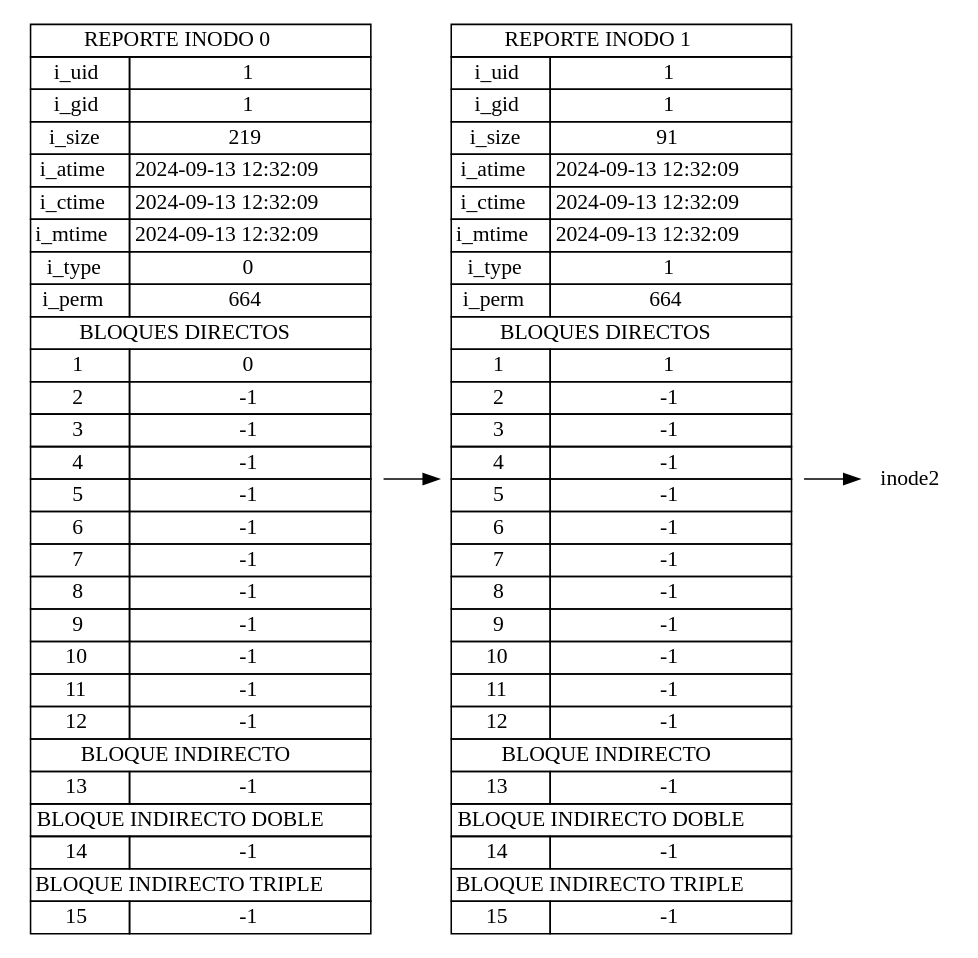
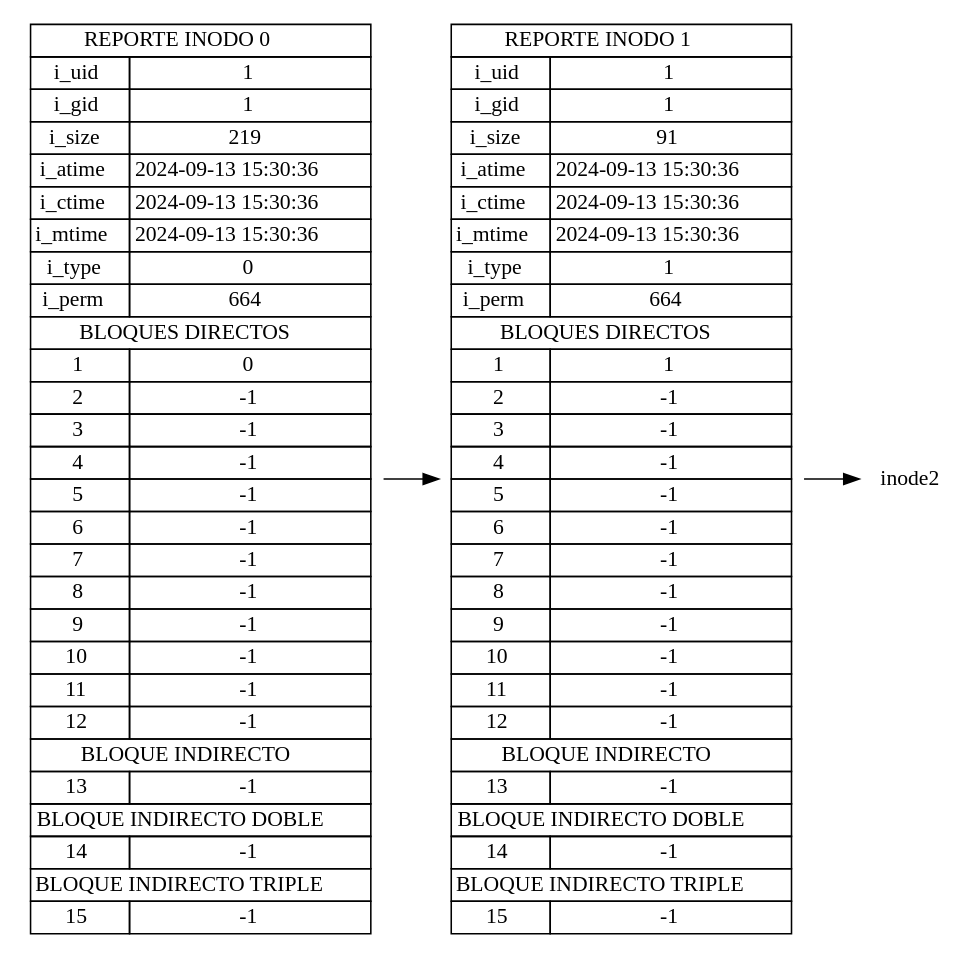
One commit to Josue013/MIA_2S_P1_202202481 changed the diagram in output/reporteINODE.pdf.dot. Above: the diagram before and after it, drawn with Graphviz. The commit also changed 16 other files, not shown here.

```diff
--- a/output/reporteINODE.pdf.dot
+++ b/output/reporteINODE.pdf.dot
@@ -1,46 +1,46 @@
 digraph G {
 			rankdir=LR;
 			node [shape=plaintext]
 	inode0 [label=<
 					<table border="0" cellborder="1" cellspacing="0">
 							<tr><td colspan="2"> REPORTE INODO 0 </td></tr>
 							<tr><td>i_uid</td><td>1</td></tr>
 							<tr><td>i_gid</td><td>1</td></tr>
 							<tr><td>i_size</td><td>219</td></tr>
-							<tr><td>i_atime</td><td>2024-09-13 12:32:09</td></tr>
-							<tr><td>i_ctime</td><td>2024-09-13 12:32:09</td></tr>
-							<tr><td>i_mtime</td><td>2024-09-13 12:32:09</td></tr>
+							<tr><td>i_atime</td><td>2024-09-13 15:30:36</td></tr>
+							<tr><td>i_ctime</td><td>2024-09-13 15:30:36</td></tr>
+							<tr><td>i_mtime</td><td>2024-09-13 15:30:36</td></tr>
 							<tr><td>i_type</td><td>0</td></tr>
 							<tr><td>i_perm</td><td>664</td></tr>
 							<tr><td colspan="2">BLOQUES DIRECTOS</td></tr>
 					<tr><td>1</td><td>0</td></tr><tr><td>2</td><td>-1</td></tr><tr><td>3</td><td>-1</td></tr><tr><td>4</td><td>-1</td></tr><tr><td>5</td><td>-1</td></tr><tr><td>6</td><td>-1</td></tr><tr><td>7</td><td>-1</td></tr><tr><td>8</td><td>-1</td></tr><tr><td>9</td><td>-1</td></tr><tr><td>10</td><td>-1</td></tr><tr><td>11</td><td>-1</td></tr><tr><td>12</td><td>-1</td></tr>
 							<tr><td colspan="2">BLOQUE INDIRECTO</td></tr>
 							<tr><td>13</td><td>-1</td></tr>
 							<tr><td colspan="2">BLOQUE INDIRECTO DOBLE</td></tr>
 							<tr><td>14</td><td>-1</td></tr>
 							<tr><td colspan="2">BLOQUE INDIRECTO TRIPLE</td></tr>
 							<tr><td>15</td><td>-1</td></tr>
 					</table>>];
 			inode0 -> inode1;
 inode1 [label=<
 					<table border="0" cellborder="1" cellspacing="0">
 							<tr><td colspan="2"> REPORTE INODO 1 </td></tr>
 							<tr><td>i_uid</td><td>1</td></tr>
 							<tr><td>i_gid</td><td>1</td></tr>
 							<tr><td>i_size</td><td>91</td></tr>
-							<tr><td>i_atime</td><td>2024-09-13 12:32:09</td></tr>
-							<tr><td>i_ctime</td><td>2024-09-13 12:32:09</td></tr>
-							<tr><td>i_mtime</td><td>2024-09-13 12:32:09</td></tr>
+							<tr><td>i_atime</td><td>2024-09-13 15:30:36</td></tr>
+							<tr><td>i_ctime</td><td>2024-09-13 15:30:36</td></tr>
+							<tr><td>i_mtime</td><td>2024-09-13 15:30:36</td></tr>
 							<tr><td>i_type</td><td>1</td></tr>
 							<tr><td>i_perm</td><td>664</td></tr>
 							<tr><td colspan="2">BLOQUES DIRECTOS</td></tr>
 					<tr><td>1</td><td>1</td></tr><tr><td>2</td><td>-1</td></tr><tr><td>3</td><td>-1</td></tr><tr><td>4</td><td>-1</td></tr><tr><td>5</td><td>-1</td></tr><tr><td>6</td><td>-1</td></tr><tr><td>7</td><td>-1</td></tr><tr><td>8</td><td>-1</td></tr><tr><td>9</td><td>-1</td></tr><tr><td>10</td><td>-1</td></tr><tr><td>11</td><td>-1</td></tr><tr><td>12</td><td>-1</td></tr>
 							<tr><td colspan="2">BLOQUE INDIRECTO</td></tr>
 							<tr><td>13</td><td>-1</td></tr>
 							<tr><td colspan="2">BLOQUE INDIRECTO DOBLE</td></tr>
 							<tr><td>14</td><td>-1</td></tr>
 							<tr><td colspan="2">BLOQUE INDIRECTO TRIPLE</td></tr>
 							<tr><td>15</td><td>-1</td></tr>
 					</table>>];
 			inode1 -> inode2;
 }
```
